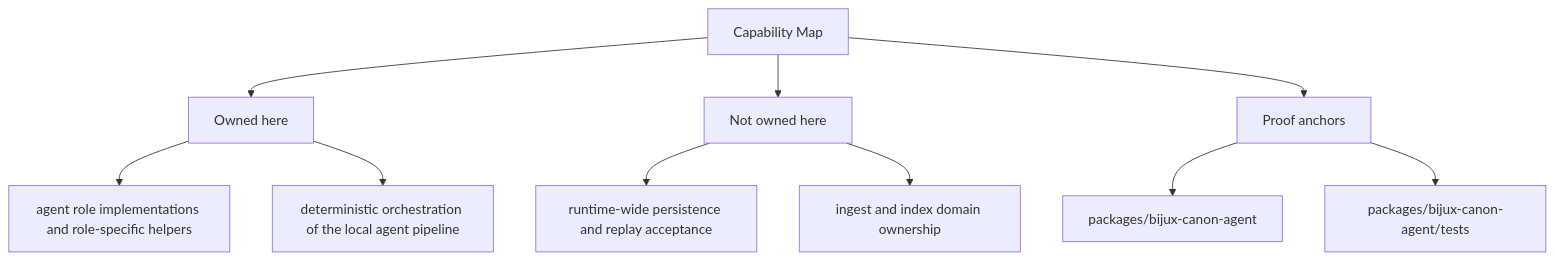
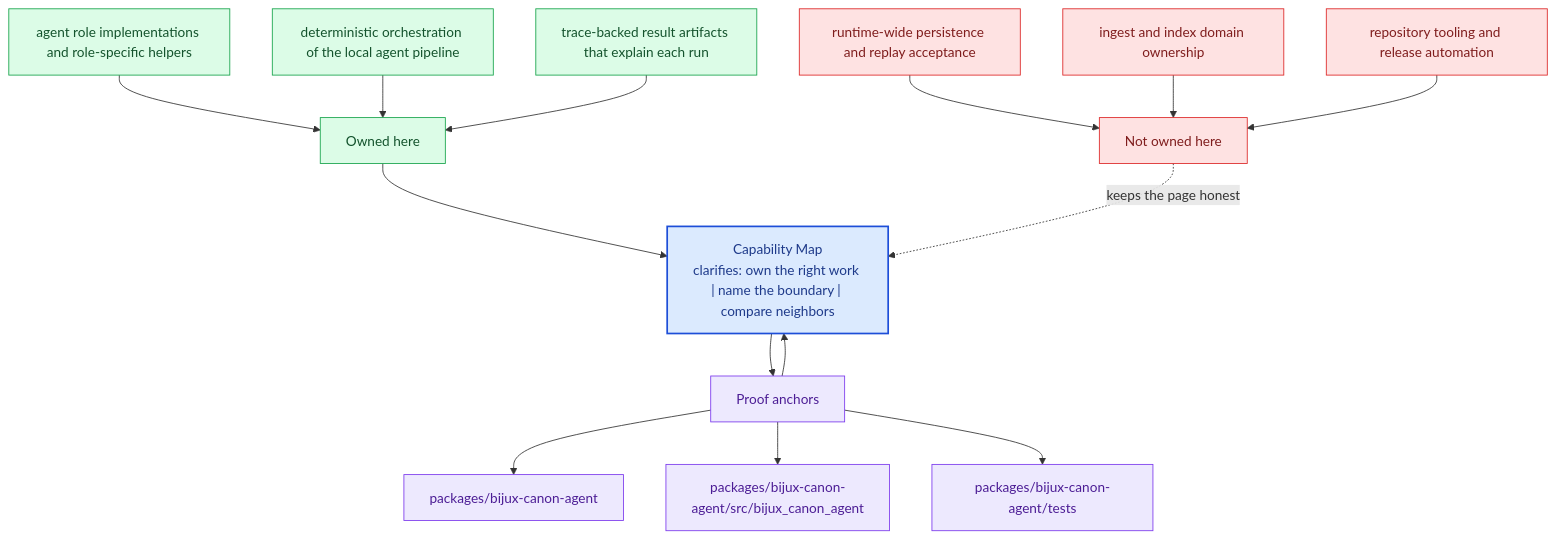
The second of 2 diagrams in docs/bijux-canon-agent/foundation/capability-map.md (bijux/bijux-canon), drawn with Mermaid before and after one commit. The commit also changed other lines of this file and 281 other files, not shown here.

Commit message:
docs(diagrams): deepen handbook mermaid maps across the catalog

````diff
--- a/docs/bijux-canon-agent/foundation/capability-map.md
+++ b/docs/bijux-canon-agent/foundation/capability-map.md
@@ -35,22 +68,40 @@
 ```mermaid
-flowchart TD
-    page["Capability Map"]
+flowchart TB
+    promise["Capability Map<br/>clarifies: own the right work | name the boundary | compare neighbors"]
+    classDef promise fill:#dbeafe,stroke:#1d4ed8,color:#1e3a8a,stroke-width:2px;
+    classDef driver fill:#dcfce7,stroke:#16a34a,color:#14532d;
+    classDef constraint fill:#fee2e2,stroke:#dc2626,color:#7f1d1d;
+    classDef ground fill:#ede9fe,stroke:#7c3aed,color:#4c1d95;
     focus1["Owned here"]
-    page --> focus1
+    focus1 --> promise
     focus1_1["agent role implementations and role-specific helpers"]
-    focus1 --> focus1_1
+    focus1_1 --> focus1
     focus1_2["deterministic orchestration of the local agent pipeline"]
-    focus1 --> focus1_2
+    focus1_2 --> focus1
+    focus1_3["trace-backed result artifacts that explain each run"]
+    focus1_3 --> focus1
+    class focus1 driver;
+    class focus1_1,focus1_2,focus1_3 driver;
     focus2["Not owned here"]
-    page --> focus2
+    focus2 -.keeps the page honest.-> promise
     focus2_1["runtime-wide persistence and replay acceptance"]
-    focus2 --> focus2_1
+    focus2_1 --> focus2
     focus2_2["ingest and index domain ownership"]
-    focus2 --> focus2_2
+    focus2_2 --> focus2
+    focus2_3["repository tooling and release automation"]
+    focus2_3 --> focus2
+    class focus2 constraint;
+    class focus2_1,focus2_2,focus2_3 constraint;
     focus3["Proof anchors"]
-    page --> focus3
+    focus3 --> promise
+    promise --> focus3
     focus3_1["packages/bijux-canon-agent"]
     focus3 --> focus3_1
-    focus3_2["packages/bijux-canon-agent/tests"]
+    focus3_2["packages/bijux-canon-agent/src/bijux_canon_agent"]
     focus3 --> focus3_2
+    focus3_3["packages/bijux-canon-agent/tests"]
+    focus3 --> focus3_3
+    class focus3 ground;
+    class focus3_1,focus3_2,focus3_3 ground;
+    class promise promise;
 ```
````
